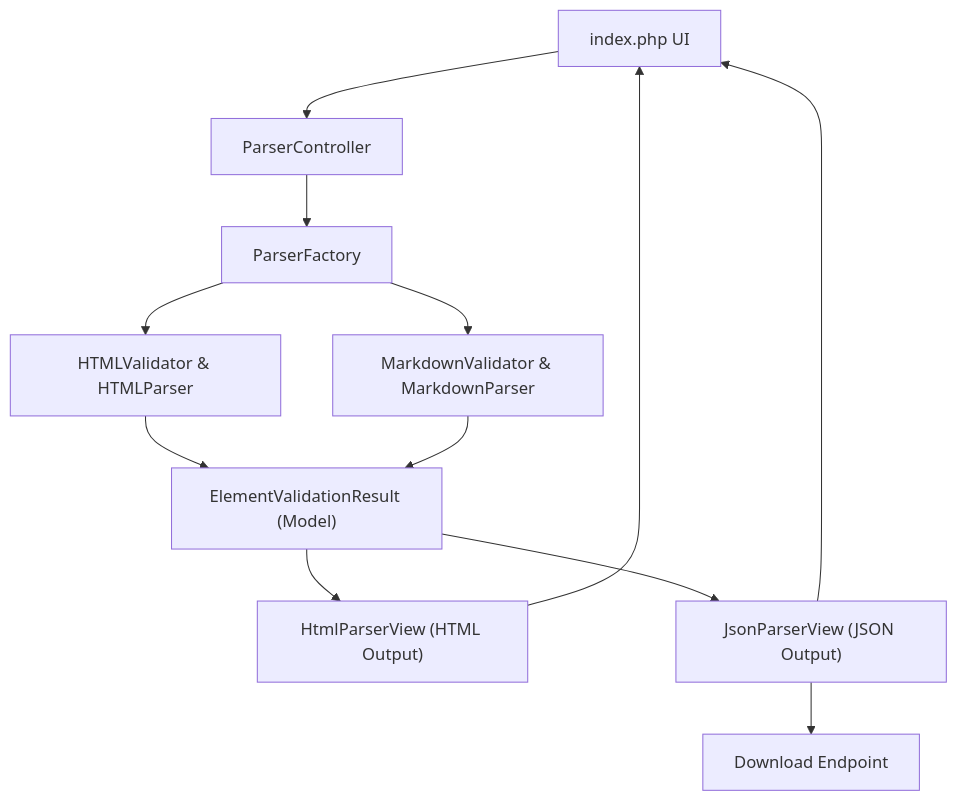
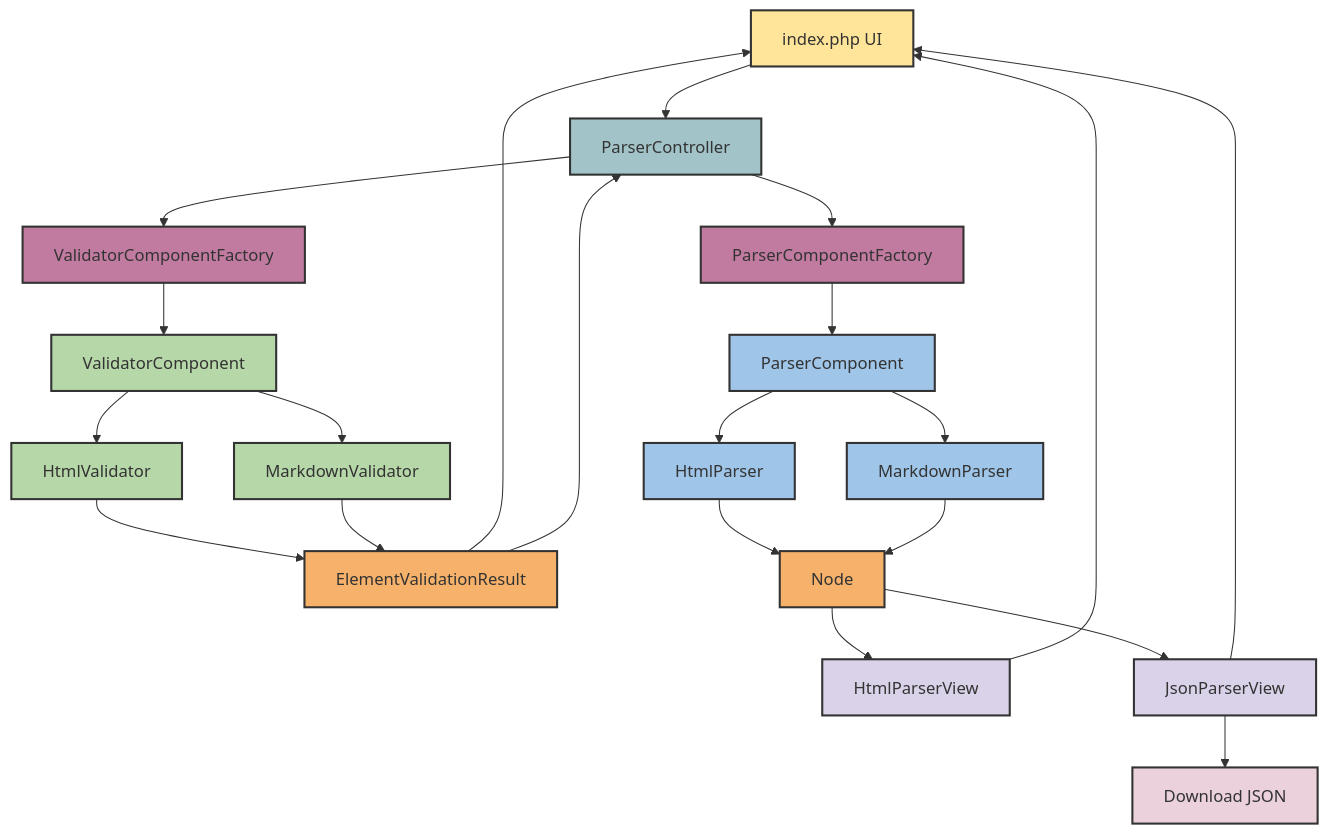
The diagram in README.de.md (niccolovettorello1997/docparser-php), drawn with Mermaid before and after one commit. The commit also changed other lines of this file and 2 other files, not shown here.

Commit message:
chore(readme): improved readme

````diff
--- a/README.de.md
+++ b/README.de.md
@@ -56,27 +71,68 @@
 ```mermaid
 flowchart TD
     %% Entry point / UI
     A["index.php UI"] --> B["ParserController"]
 
-    %% Controller orchestration
-    B --> C["ParserFactory"]
+    %% Validation
+    B --> C["ValidatorComponentFactory"]
+    C --> D["ValidatorComponent"]
 
-    %% Parsers and Validators
-    C --> D["HTMLValidator & HTMLParser"]
-    C --> E["MarkdownValidator & MarkdownParser"]
+    %% Validators
+    D --> E["HtmlValidator"]
+    D --> F["MarkdownValidator"]
 
-    %% Model: validation results
-    D --> F["ElementValidationResult (Model)"]
-    E --> F
+    %% ElementValidationResult
+    E --> G["ElementValidationResult"]
+    F --> G
 
-    %% Views: render output
-    F --> G["HtmlParserView (HTML Output)"]
-    F --> H["JsonParserView (JSON Output)"]
+    %% Validation fails
+    G --> A
+
+    %% Validation ok
+    G --> B
+
+    %% Parsing
+    B --> H["ParserComponentFactory"]
+    H --> I["ParserComponent"]
+
+    %% Parsers
+    I --> J["HtmlParser"]
+    I --> K["MarkdownParser"]
+
+    %% Node
+    J --> L["Node"]
+    K --> L
+
+    %% View
+    L --> M["HtmlParserView"]
+    L --> N["JsonParserView"]
 
     %% Back to UI
-    G --> A
-    H --> A
+    M --> A
+    N --> A
 
     %% Optional: File download
-    H --> I["Download Endpoint"]
+    N --> O["Download JSON"]
+
+    %% ---------------------------
+    %% Style definitions
+    classDef ui fill:#ffe599,stroke:#333,stroke-width:2px
+    classDef controller fill:#a2c4c9,stroke:#333,stroke-width:2px
+    classDef factory fill:#c27ba0,stroke:#333,stroke-width:2px
+    classDef validator fill:#b6d7a8,stroke:#333,stroke-width:2px
+    classDef model fill:#f6b26b,stroke:#333,stroke-width:2px
+    classDef parser fill:#9fc5e8,stroke:#333,stroke-width:2px
+    classDef view fill:#d9d2e9,stroke:#333,stroke-width:2px
+    classDef download fill:#ead1dc,stroke:#333,stroke-width:2px
+
+    %% ---------------------------
+    %% Assign classes
+    class A ui
+    class B controller
+    class C,H factory
+    class D,E,F validator
+    class G,L model
+    class I,J,K parser
+    class M,N view
+    class O download
 ```
````
